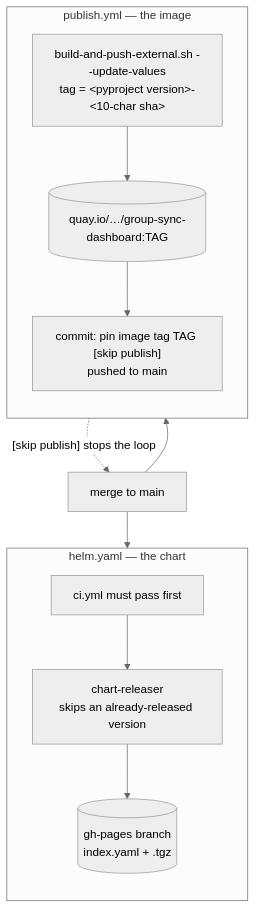
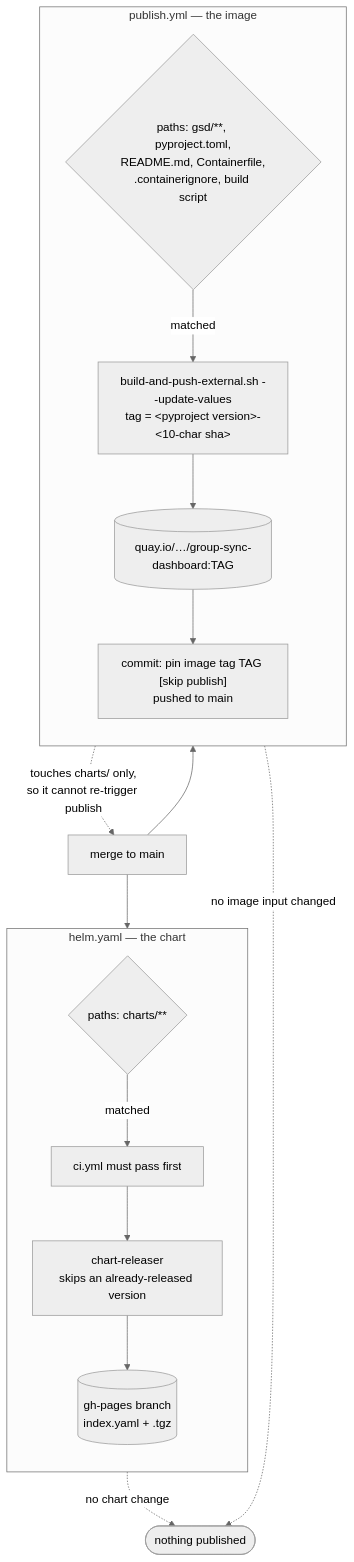
One commit to ephico2real2/group-sync-dashboard changed the tenth of 10 diagrams in docs/reference-architecture.md. Above: the diagram before and after it, drawn with Mermaid (neutral theme). The commit also changed other lines of this file and 3 other files, not shown here.

First line of the commit message:
fix(ci): the paths filter missed .containerignore, and the test waved it through

````diff
--- a/docs/reference-architecture.md
+++ b/docs/reference-architecture.md
@@ -1379,24 +1380,28 @@
 ```mermaid
 flowchart TB
   merge["merge to main"]
 
   subgraph img["publish.yml — the image"]
     direction TB
+    ipath{"paths: gsd/**, pyproject.toml,<br/>README.md, Containerfile,<br/>.containerignore, build script"}
     build["build-and-push-external.sh --update-values<br/>tag = &lt;pyproject version&gt;-&lt;10-char sha&gt;"]
     quay[("quay.io/…/group-sync-dashboard:TAG")]
     pin["commit: pin image tag TAG [skip publish]<br/>pushed to main"]
-    build --> quay --> pin
+    ipath -->|matched| build --> quay --> pin
   end
 
   subgraph chart["helm.yaml — the chart"]
     direction TB
+    cpath{"paths: charts/**"}
     ci["ci.yml must pass first"]
     cr["chart-releaser<br/>skips an already-released version"]
     gh[("gh-pages branch<br/>index.yaml + .tgz")]
-    ci --> cr --> gh
+    cpath -->|matched| ci --> cr --> gh
   end
 
-  merge --> build
-  merge --> ci
-  pin -.->|"[skip publish] stops the loop"| merge
+  merge --> ipath
+  merge --> cpath
+  ipath -.->|"no image input changed"| skip(["nothing published"])
+  cpath -.->|"no chart change"| skip
+  pin -.->|"touches charts/ only,<br/>so it cannot re-trigger publish"| merge
 ```
````
